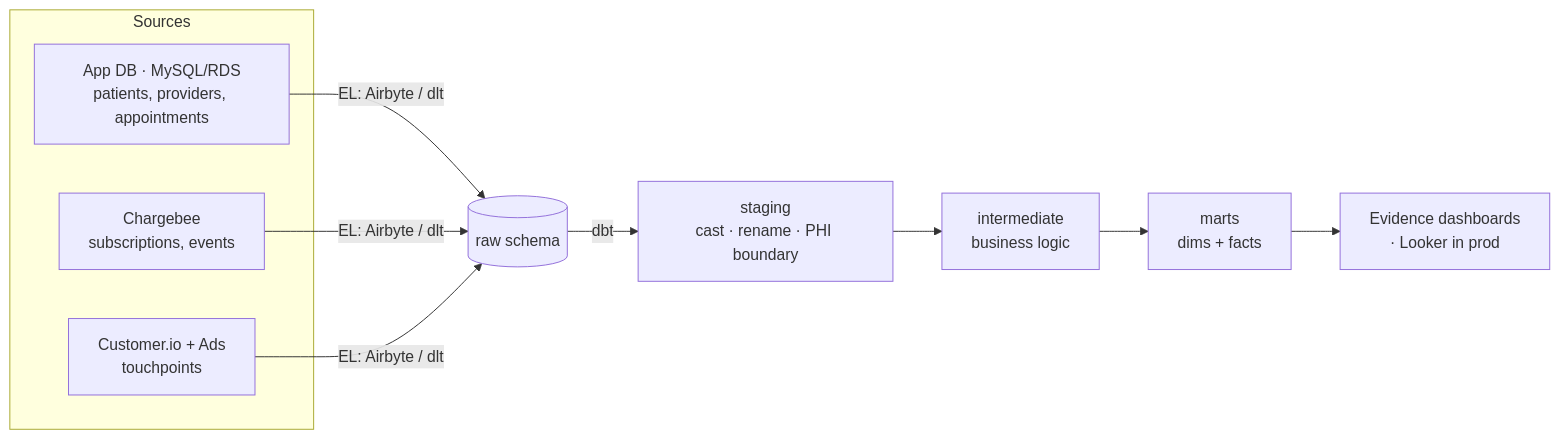
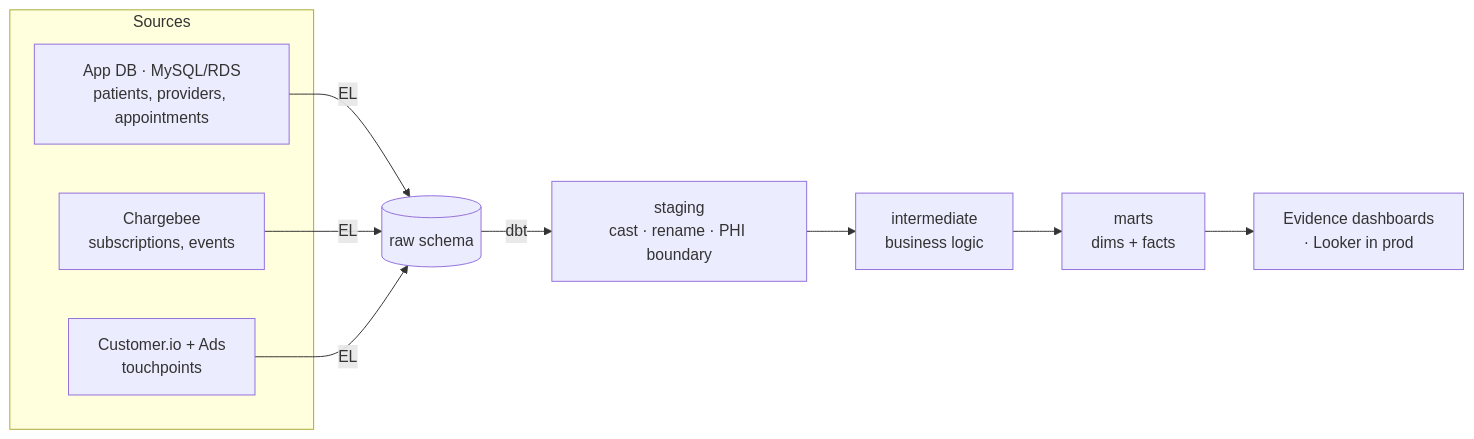
One commit to wzxy2612-tech/telehealth-analytics changed the diagram in README.md. Above: the diagram before and after it, drawn with Mermaid. The commit also changed other lines of this file, not shown here.

Commit message:
README: document EL two-path architecture (load.py vs extract/pipeline.py)

````diff
--- a/README.md
+++ b/README.md
@@ -15,13 +15,13 @@
 ```mermaid
 flowchart LR
     subgraph Sources
       A[App DB · MySQL/RDS<br/>patients, providers, appointments]
       B[Chargebee<br/>subscriptions, events]
       C[Customer.io + Ads<br/>touchpoints]
     end
-    A & B & C -->|EL: Airbyte / dlt| R[(raw schema)]
+    A & B & C -->|EL| R[(raw schema)]
     R -->|dbt| S[staging<br/>cast · rename · PHI boundary]
     S --> I[intermediate<br/>business logic]
     I --> M[marts<br/>dims + facts]
     M --> BI[Evidence dashboards<br/>· Looker in prod]
 ```
````
